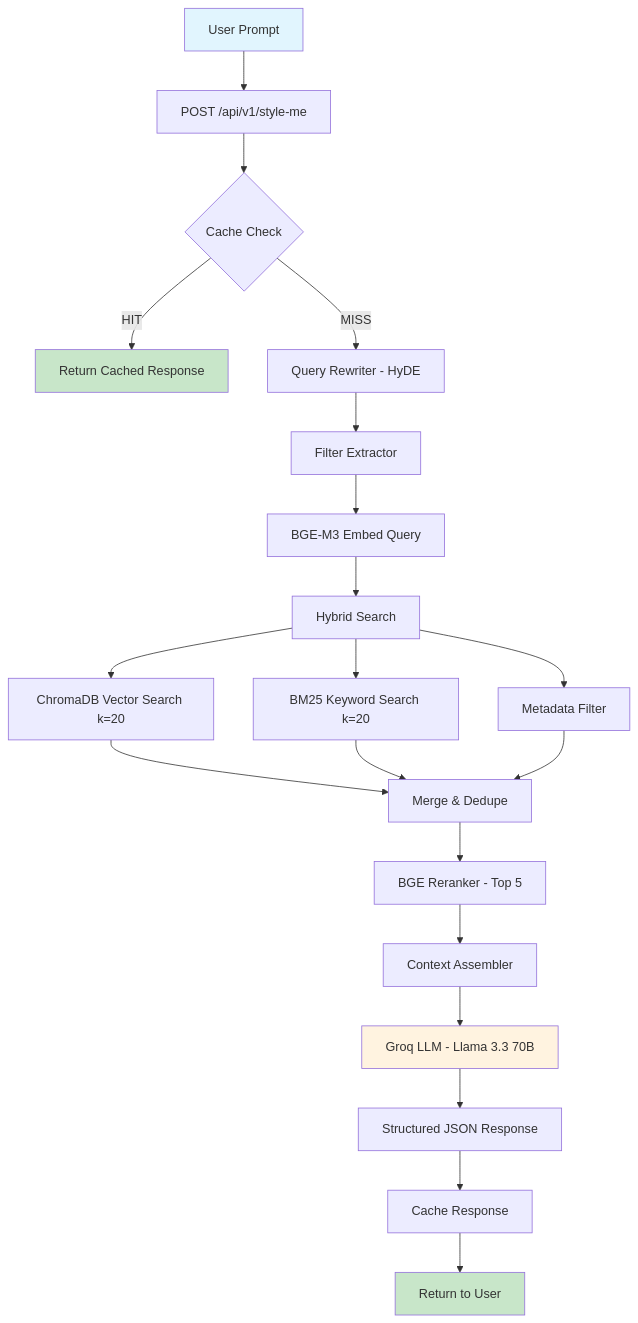
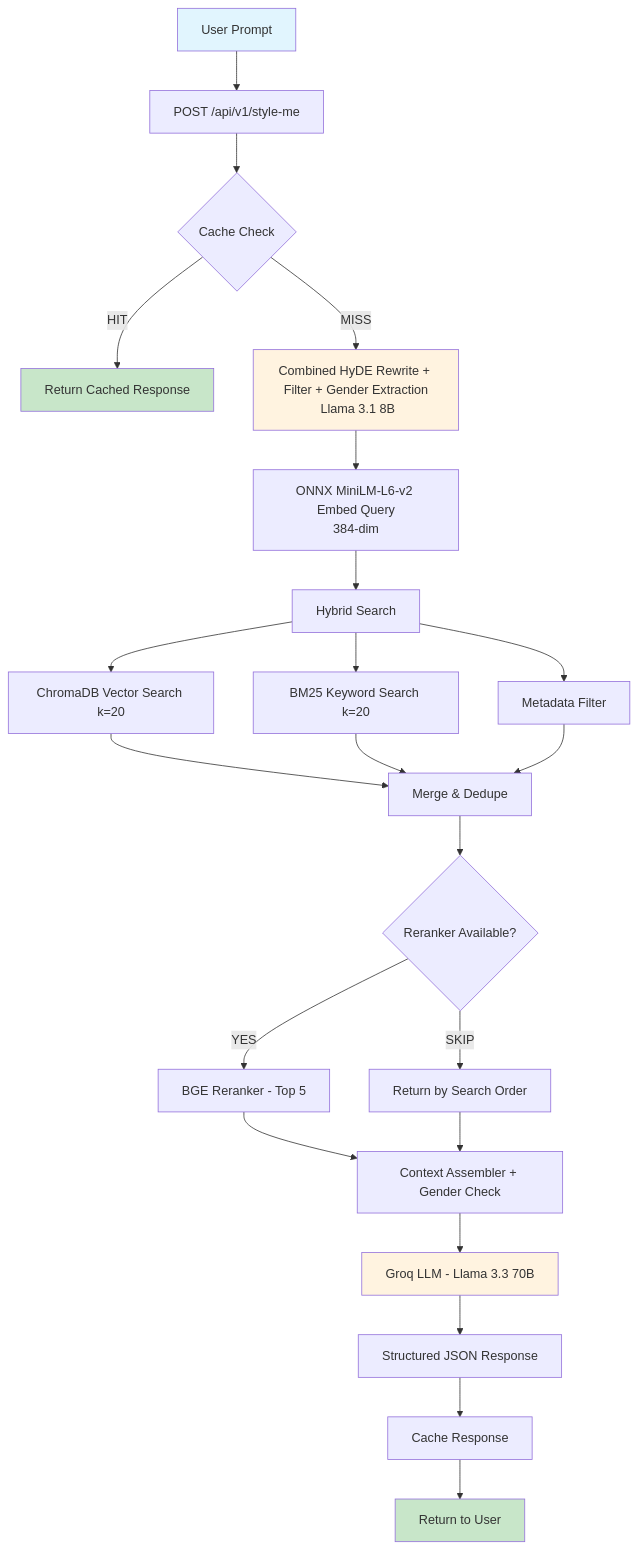
One commit to abhijeet1312/quickeee-stylist-concierge changed the diagram in ARCHITECTURE.md. Above: the diagram before and after it, drawn with Mermaid. The commit also changed other lines of this file, not shown here.

Commit message:
Update ARCHITECTURE.md to match actual codebase

````diff
--- a/ARCHITECTURE.md
+++ b/ARCHITECTURE.md
@@ -94,27 +106,30 @@
 ```mermaid
 flowchart TD
     A[User Prompt] --> B[POST /api/v1/style-me]
     B --> C{Cache Check}
     C -->|HIT| D[Return Cached Response]
-    C -->|MISS| E[Query Rewriter - HyDE]
-    E --> F[Filter Extractor]
-    F --> G[BGE-M3 Embed Query]
+    C -->|MISS| E[Combined HyDE Rewrite + Filter + Gender Extraction\n Llama 3.1 8B]
+    E --> G[ONNX MiniLM-L6-v2 Embed Query\n384-dim]
     G --> H[Hybrid Search]
     H --> H1[ChromaDB Vector Search k=20]
     H --> H2[BM25 Keyword Search k=20]
     H --> H3[Metadata Filter]
     H1 --> I[Merge & Dedupe]
     H2 --> I
     H3 --> I
-    I --> J[BGE Reranker - Top 5]
-    J --> K[Context Assembler]
+    I --> J{Reranker Available?}
+    J -->|YES| J1[BGE Reranker - Top 5]
+    J -->|SKIP| J2[Return by Search Order]
+    J1 --> K[Context Assembler + Gender Check]
+    J2 --> K
     K --> L[Groq LLM - Llama 3.3 70B]
     L --> M[Structured JSON Response]
     M --> N[Cache Response]
     N --> O[Return to User]
 
     style A fill:#e1f5fe
     style O fill:#c8e6c9
     style D fill:#c8e6c9
     style L fill:#fff3e0
+    style E fill:#fff3e0
 ```
````
